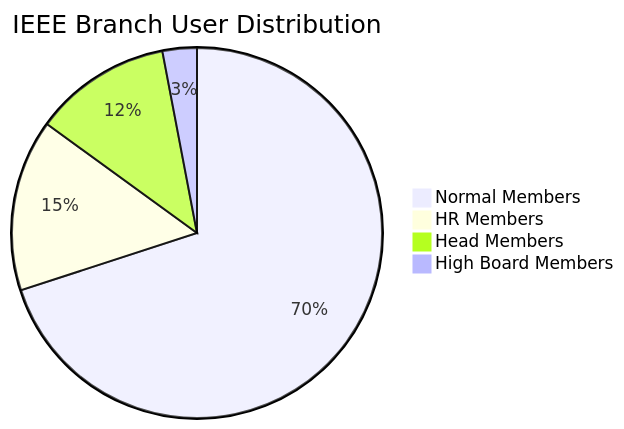
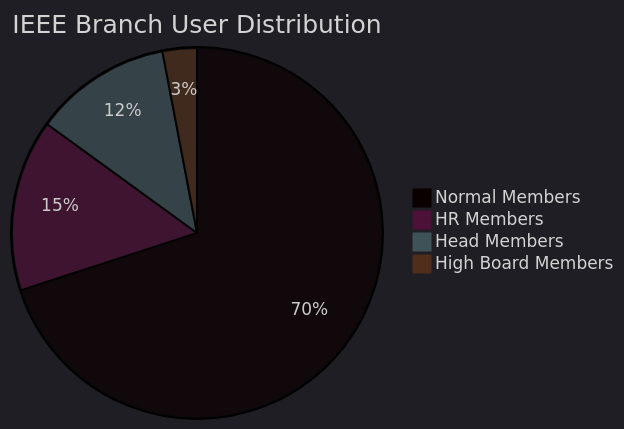
The diagram in docs/README.md (AhmedKhaledp-0/IEEEMangment), drawn with Mermaid before and after one commit. The commit also changed 4 other files, not shown here.

Commit message:
Update mermaid configurations across documentation for consistent theme and layout

````diff
--- a/docs/README.md
+++ b/docs/README.md
@@ -75,7 +75,14 @@
 ```mermaid
+---
+config:
+  layout: elk
+  theme: dark
+  themeVariables:
+    darkMode: true
+---
 pie title IEEE Branch User Distribution
     "Normal Members" : 70
     "HR Members" : 15
     "Head Members" : 12
     "High Board Members" : 3
 ```
````
